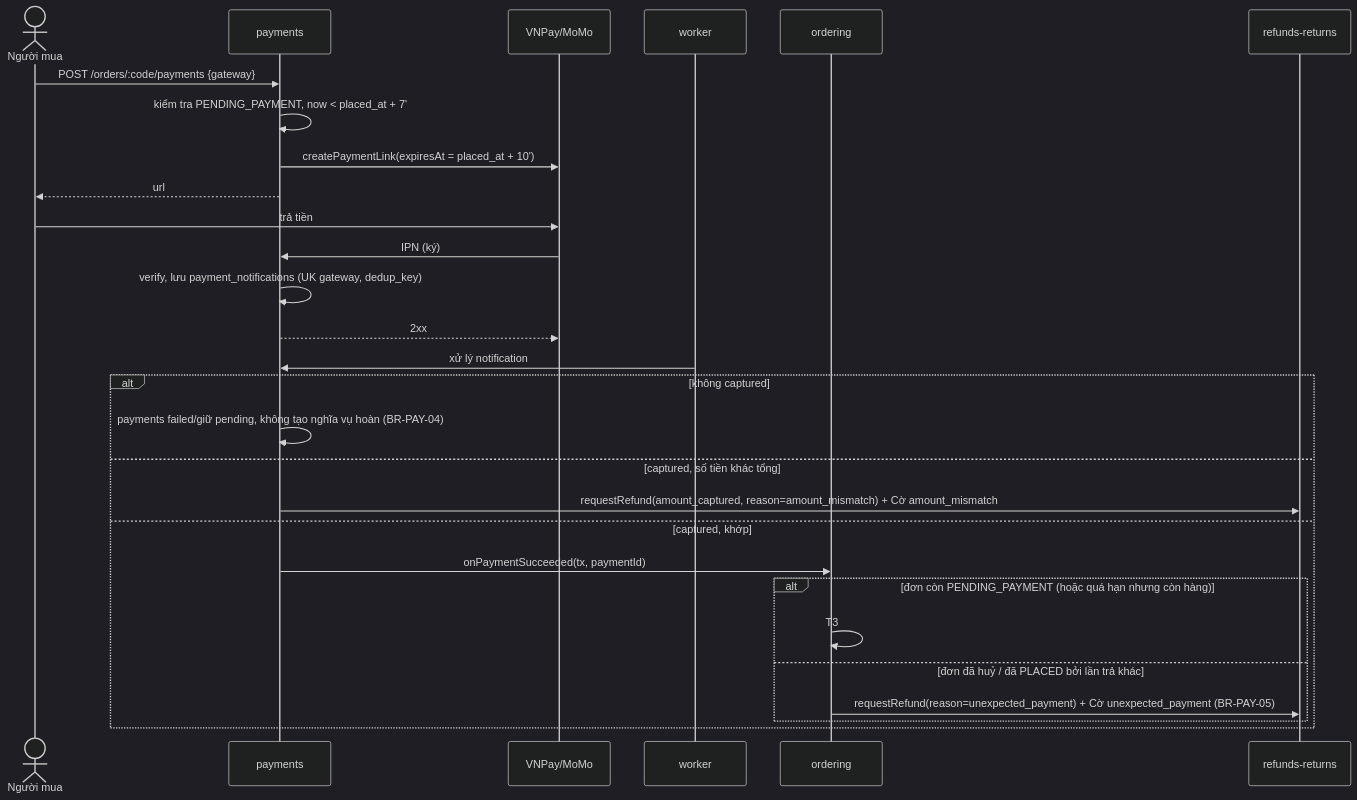
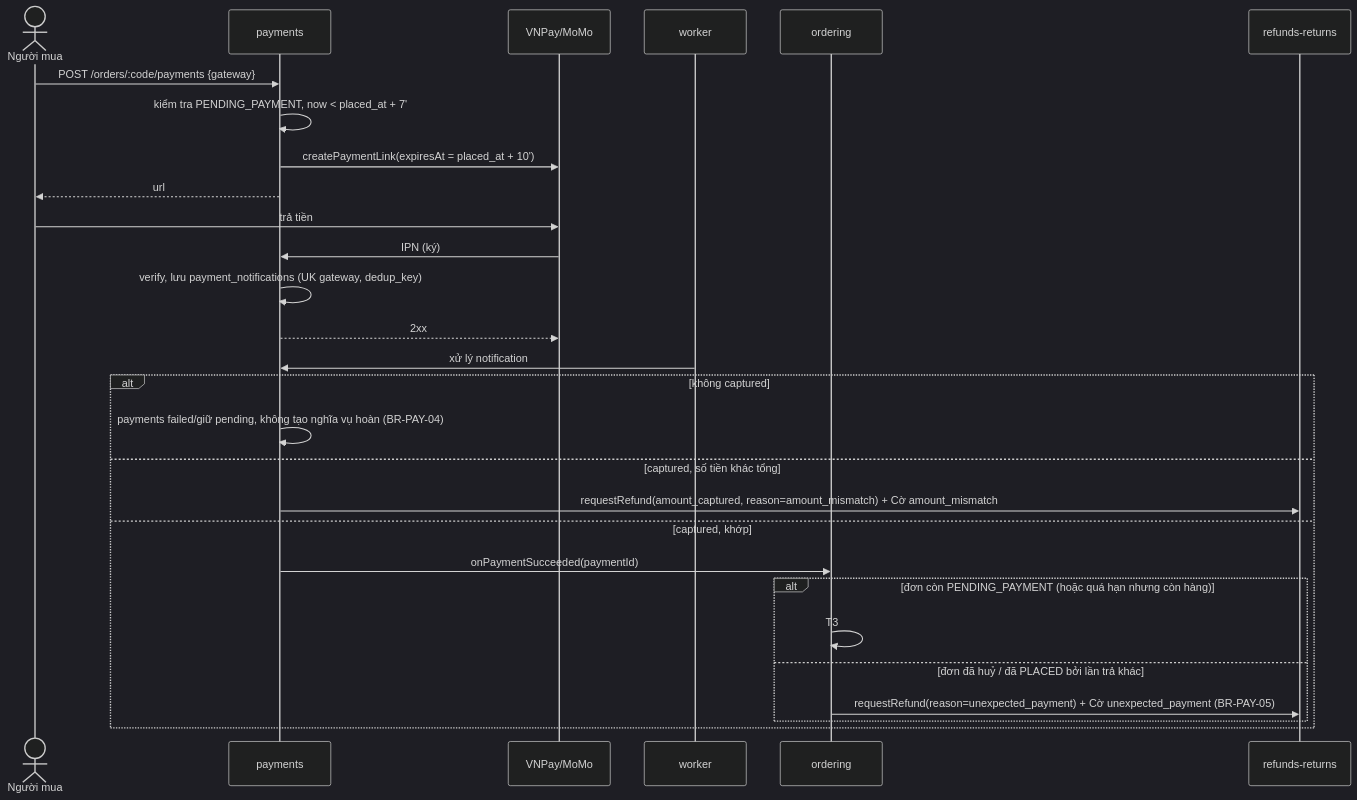
Before and after one commit to LuongCongThanh/be-demo: the diagram in docs/architecture/modules/payments.md, drawn with Mermaid (dark theme). The commit also changed other lines of this file and 21 other files, not shown here.

First line of the commit message:
docs: apply architecture review fixes and settled decisions

````diff
--- a/docs/architecture/modules/payments.md
+++ b/docs/architecture/modules/payments.md
@@ -45,31 +47,31 @@
 ```mermaid
 sequenceDiagram
     actor B as Người mua
     participant P as payments
     participant G as VNPay/MoMo
     participant W as worker
     participant O as ordering
     participant R as refunds-returns
 
     B->>P: POST /orders/:code/payments {gateway}
     P->>P: kiểm tra PENDING_PAYMENT, now < placed_at + 7'
     P->>G: createPaymentLink(expiresAt = placed_at + 10')
     P-->>B: url
     B->>G: trả tiền
     G->>P: IPN (ký)
     P->>P: verify, lưu payment_notifications (UK gateway, dedup_key)
     P-->>G: 2xx
     W->>P: xử lý notification
     alt không captured
         P->>P: payments failed/giữ pending, không tạo nghĩa vụ hoàn (BR-PAY-04)
     else captured, số tiền khác tổng
         P->>R: requestRefund(amount_captured, reason=amount_mismatch) + Cờ amount_mismatch
     else captured, khớp
-        P->>O: onPaymentSucceeded(tx, paymentId)
+        P->>O: onPaymentSucceeded(paymentId)
         alt đơn còn PENDING_PAYMENT (hoặc quá hạn nhưng còn hàng)
             O->>O: T3
         else đơn đã huỷ / đã PLACED bởi lần trả khác
             O->>R: requestRefund(reason=unexpected_payment) + Cờ unexpected_payment (BR-PAY-05)
         end
     end
 ```
````
